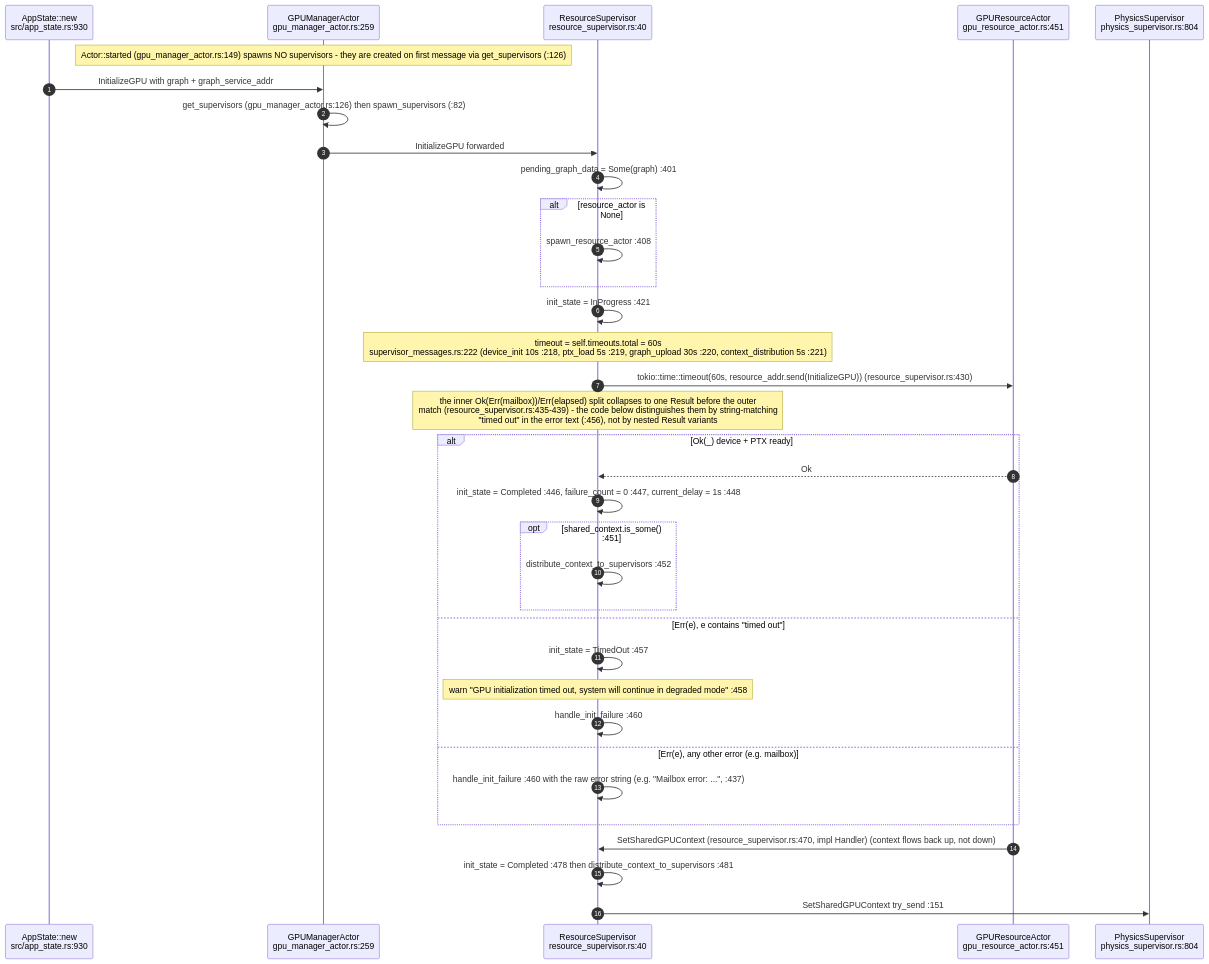
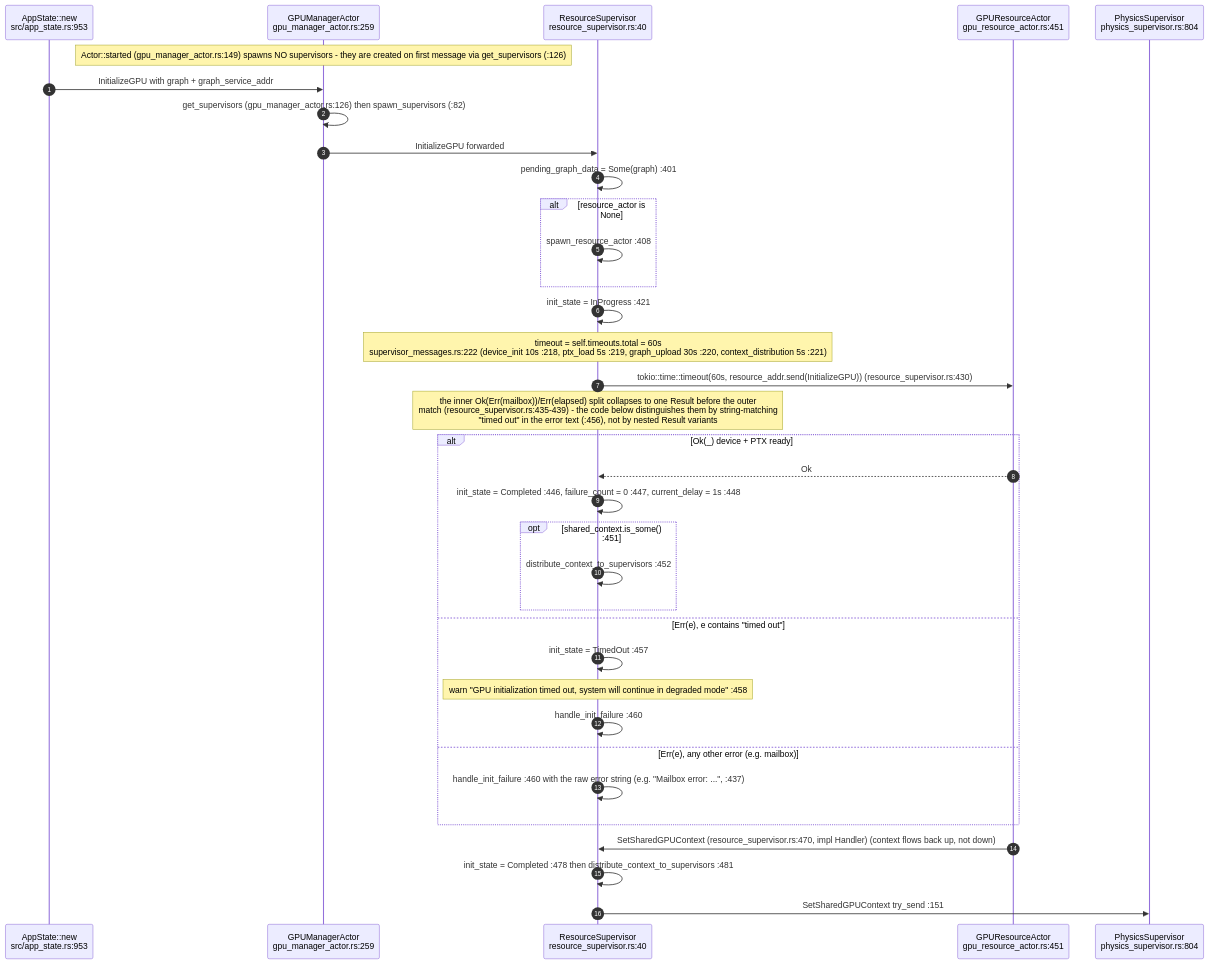
The second of 8 diagrams in docs/diagrams/visionclaw/10-gpu-supervision-and-context-bus.md (DreamLab-AI/VisionFlow), drawn with Mermaid before and after one commit. The commit also changed other lines of this file and 154 other files, not shown here.

First line of the commit message:
docs(diagrams): re-stamp 154 topics whose every citation still reads the same text at the current heads

````diff
--- a/docs/diagrams/visionclaw/10-gpu-supervision-and-context-bus.md
+++ b/docs/diagrams/visionclaw/10-gpu-supervision-and-context-bus.md
@@ -98,38 +98,38 @@
 ```mermaid
 sequenceDiagram
     autonumber
-    participant APP as AppState::new<br/>src/app_state.rs:930
+    participant APP as AppState::new<br/>src/app_state.rs:953
     participant GM as GPUManagerActor<br/>gpu_manager_actor.rs:259
     participant RS as ResourceSupervisor<br/>resource_supervisor.rs:40
     participant GRA as GPUResourceActor<br/>gpu_resource_actor.rs:451
     participant PS as PhysicsSupervisor<br/>physics_supervisor.rs:804
 
     Note over GM: Actor::started (gpu_manager_actor.rs:149) spawns NO supervisors - they are created on first message via get_supervisors (:126)
     APP->>GM: InitializeGPU with graph + graph_service_addr
     GM->>GM: get_supervisors (gpu_manager_actor.rs:126) then spawn_supervisors (:82)
     GM->>RS: InitializeGPU forwarded
     RS->>RS: pending_graph_data = Some(graph) :401
     alt resource_actor is None
         RS->>RS: spawn_resource_actor :408
     end
     RS->>RS: init_state = InProgress :421
     Note over RS: timeout = self.timeouts.total = 60s<br/>supervisor_messages.rs:222 (device_init 10s :218, ptx_load 5s :219, graph_upload 30s :220, context_distribution 5s :221)
     RS->>GRA: tokio::time::timeout(60s, resource_addr.send(InitializeGPU)) (resource_supervisor.rs:430)
     Note over RS: the inner Ok(Err(mailbox))/Err(elapsed) split collapses to one Result before the outer<br/>match (resource_supervisor.rs:435-439) - the code below distinguishes them by string-matching<br/>"timed out" in the error text (:456), not by nested Result variants
     alt Ok(_) device + PTX ready
         GRA-->>RS: Ok
         RS->>RS: init_state = Completed :446, failure_count = 0 :447, current_delay = 1s :448
         opt shared_context.is_some() :451
             RS->>RS: distribute_context_to_supervisors :452
         end
     else Err(e), e contains "timed out"
         RS->>RS: init_state = TimedOut :457
         Note over RS: warn "GPU initialization timed out, system will continue in degraded mode" :458
         RS->>RS: handle_init_failure :460
     else Err(e), any other error (e.g. mailbox)
         RS->>RS: handle_init_failure :460 with the raw error string (e.g. "Mailbox error: ...", :437)
     end
     GRA->>RS: SetSharedGPUContext (resource_supervisor.rs:470, impl Handler) (context flows back up, not down)
     RS->>RS: init_state = Completed :478 then distribute_context_to_supervisors :481
     RS->>PS: SetSharedGPUContext try_send :151
 ```
````
